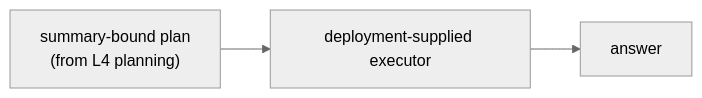
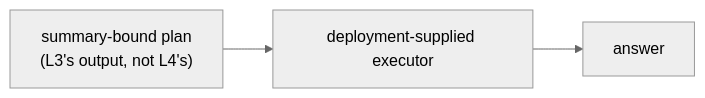
The fifth of 5 diagrams in docs/design.md (ProjectASAP/ASAPPlanner), drawn with Mermaid (neutral theme) before and after one commit. The commit also changed other lines of this file and 6 other files, not shown here.

````diff
--- a/docs/design.md
+++ b/docs/design.md
@@ -163,4 +173,4 @@
 ```mermaid
 flowchart LR
-    L4N["summary-bound plan\n(from L4 planning)"] --> EX["deployment-supplied executor"] --> V["answer"]
+    L3N["summary-bound plan\n(L3's output, not L4's)"] --> EX["deployment-supplied executor"] --> V["answer"]
 ```
````
